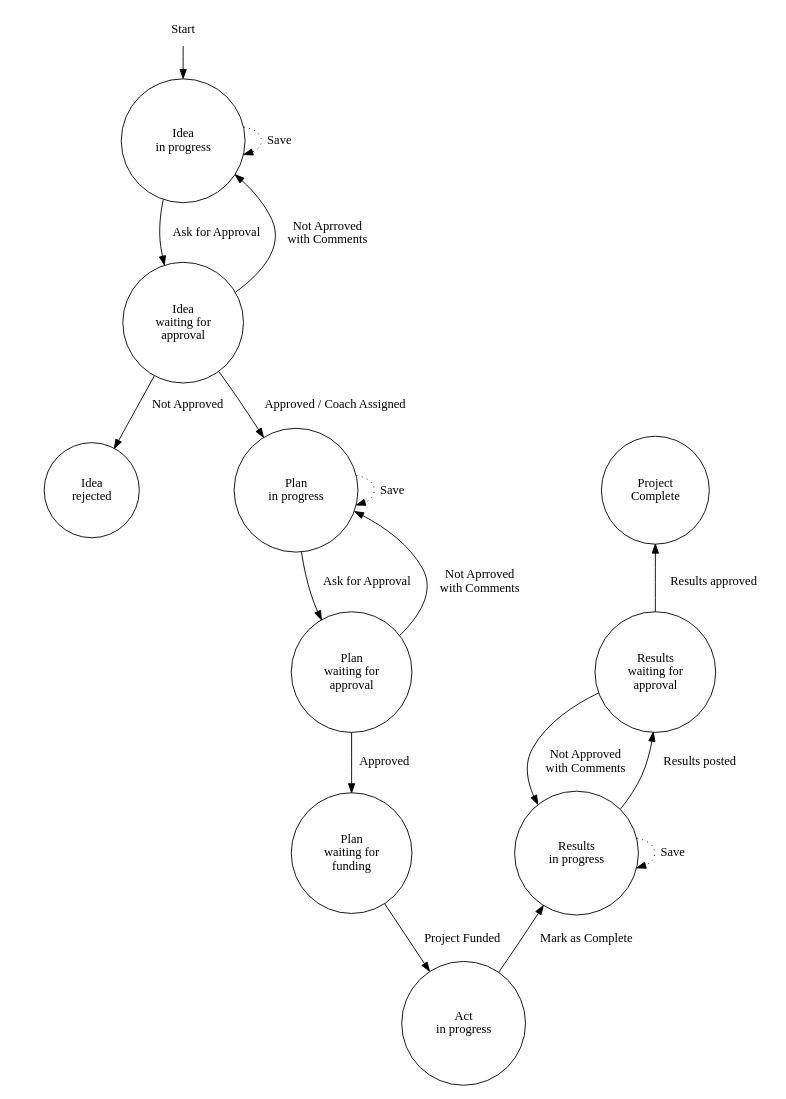
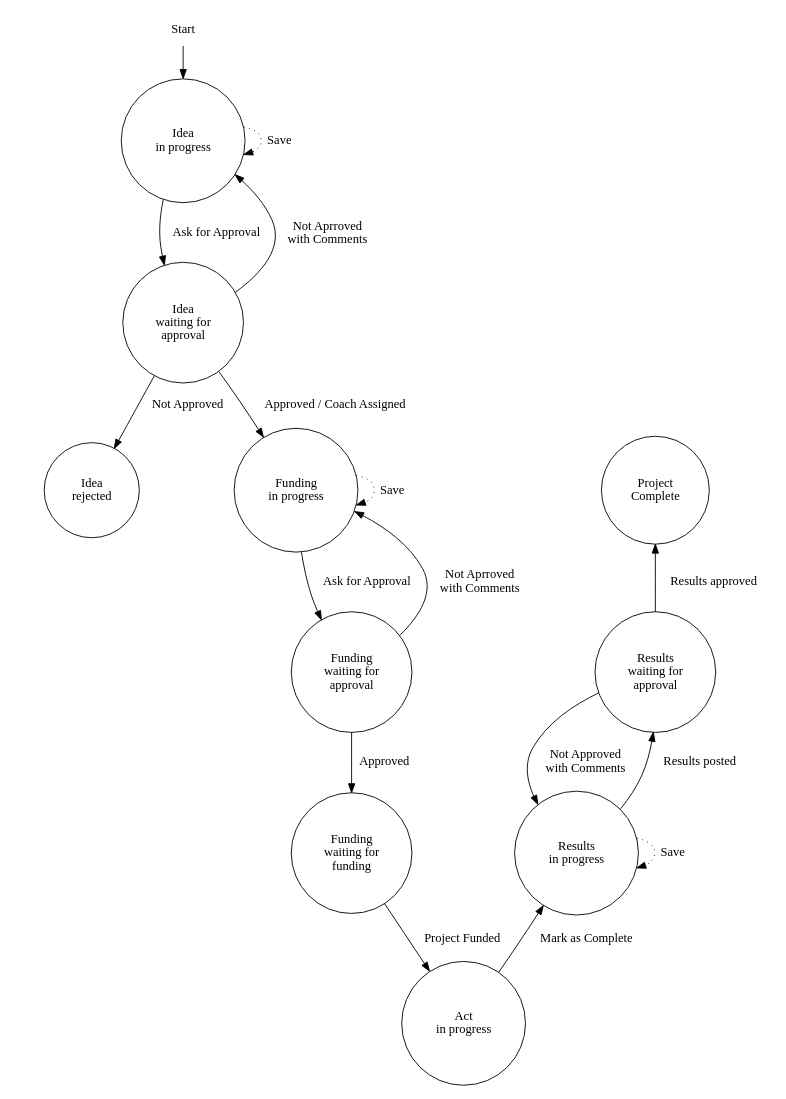
Before and after one commit to onepercentclub/onepercentclub-site: the diagram in docs/projects-state-diagram.dot, drawn with Graphviz.

Commit message:
Updated project state diagram for new structure.

```diff
--- a/docs/projects-state-diagram.dot
+++ b/docs/projects-state-diagram.dot
@@ -1,81 +1,81 @@
 // http://old.nabble.com/Fixedsize-nodes-respecting-label-size-td23537069.html
 //
 // Generate pdf with this line to get equal sized nodes:
 //
 // dot -Tpdf -Nwidth=$(dot project-states.dot | sed -E -n 's/^.*width="([0-9.]+)".*$/\1/p' | sort | tail -1) -O project-states.dot
 
 digraph G {
 	/*
 	 * Global graph settings
 	 */
         size="7.87,11.29"; // fit on A4 paper (size in inches)
 	ratio=fill;
 	margin="0.2";
 	node [ shape=circle ];
 
 	/*
 	 * Edge definitions
 	 */
 	// Idea: in progress
 	Start -> idea_in_progress;
 	idea_in_progress -> idea_in_progress [ label=" Save",style=dotted ];
 	idea_in_progress -> idea_waiting_for_approval [ label=" Ask for Approval" ];
 
 	// Idea: waiting for approval
 	idea_waiting_for_approval -> idea_in_progress  [ label=" Not Aprroved\n with Comments" ];
 	idea_waiting_for_approval -> idea_rejected [ label=" Not Approved" ];
-	idea_waiting_for_approval -> plan_in_progress [ label=" Approved / Coach Assigned" ];
+	idea_waiting_for_approval -> funing_in_progress [ label=" Approved / Coach Assigned" ];
 
 	// Plan: in progress
-	plan_in_progress -> plan_in_progress [ label=" Save",style=dotted ];
-	plan_in_progress -> plan_waiting_for_approval [ label=" Ask for Approval" ];
+	funing_in_progress -> funing_in_progress [ label=" Save",style=dotted ];
+	funing_in_progress -> funing_waiting_for_approval [ label=" Ask for Approval" ];
 
 	// Plan: waiting for approval
-	plan_waiting_for_approval -> plan_in_progress  [ label=" Not Aprroved\n with Comments" ];
-	plan_waiting_for_approval -> plan_waiting_for_funding [ label=" Approved" ];
+	funing_waiting_for_approval -> funing_in_progress  [ label=" Not Aprroved\n with Comments" ];
+	funing_waiting_for_approval -> funing_waiting_for_funding [ label=" Approved" ];
 
 	// Plan: waiting for funding
-	plan_waiting_for_funding -> act_in_progress [ label=" Project Funded" ];
+	funing_waiting_for_funding -> act_in_progress [ label=" Project Funded" ];
 
 	// Act: in progress
 	act_in_progress -> results_in_progress [ label=" Mark as Complete" ];
 
 	// Results: in progress
 	results_in_progress -> results_in_progress [ label=" Save",style=dotted ];
 	results_in_progress -> results_waiting_for_approval [ label=" Results posted" ];
 
 	// Results: waiting for approval
 	results_waiting_for_approval -> results_in_progress [ label=" Not Approved\n with Comments" ];
 	results_waiting_for_approval -> project_complete [ label=" Results approved" ];
 
 	/*
 	 * Node properties
 	 */
 	// start / end
 	Start [ shape=plaintext ];
 	project_complete [ label="Project\nComplete" ];
 
 	// Idea
 	idea_in_progress [ label="Idea\nin progress" ];
 	idea_waiting_for_approval [ label="Idea\nwaiting for\napproval" ];
 	idea_rejected [ label="Idea\nrejected",shape=circle ];
 
-	// Plan
-	plan_in_progress [ label="Plan\nin progress",shape=circle ];
-	plan_waiting_for_approval [ label="Plan\nwaiting for\napproval" ];
-	plan_waiting_for_funding [ label="Plan\nwaiting for\nfunding" ];
+	// Funding
+	funing_in_progress [ label="Funding\nin progress",shape=circle ];
+	funing_waiting_for_approval [ label="Funding\nwaiting for\napproval" ];
+	funing_waiting_for_funding [ label="Funding\nwaiting for\nfunding" ];
 
 	// Act
 	act_in_progress [ label="Act\nin progress" ];
 
 	// Results
 	results_in_progress [ label="Results\nin progress" ];
 	results_waiting_for_approval [ label="Results\nwaiting for\napproval" ];
 
 	/*
 	 * Node levels
 	 */
-	{ rank=same; plan_in_progress project_complete };
-	{ rank=same; plan_waiting_for_approval results_waiting_for_approval };
-	{ rank=same; plan_waiting_for_funding results_in_progress };
+	{ rank=same; funing_in_progress project_complete };
+	{ rank=same; funing_waiting_for_approval results_waiting_for_approval };
+	{ rank=same; funing_waiting_for_funding results_in_progress };
 }
```
